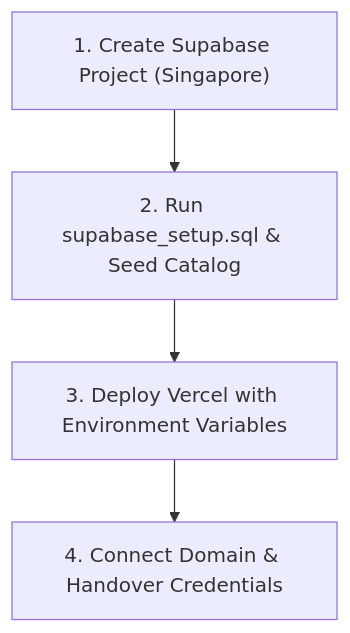
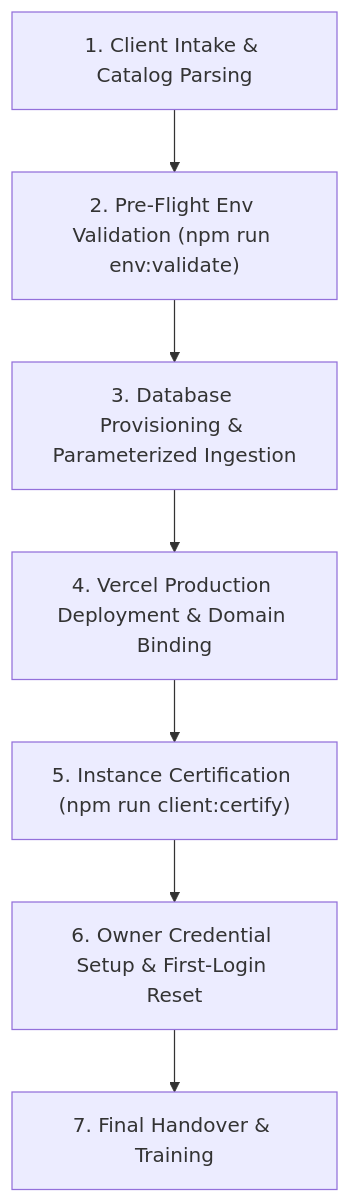
The diagram in docs/CLIENT_ONBOARDING_PLAYBOOK.md (anasbikes1992-ui/grabber-poz-solo), drawn with Mermaid before and after one commit. The commit also changed other lines of this file and 98 other files, not shown here.

````diff
--- a/docs/CLIENT_ONBOARDING_PLAYBOOK.md
+++ b/docs/CLIENT_ONBOARDING_PLAYBOOK.md
@@ -31,6 +20,9 @@
 ```mermaid
 flowchart TD
-    A["1. Create Supabase Project (Singapore)"] --> B["2. Run supabase_setup.sql & Seed Catalog"]
-    B --> C["3. Deploy Vercel with Environment Variables"]
-    C --> D["4. Connect Domain & Handover Credentials"]
+    A["1. Client Intake & Catalog Parsing"] --> B["2. Pre-Flight Env Validation (npm run env:validate)"]
+    B --> C["3. Database Provisioning & Parameterized Ingestion"]
+    C --> D["4. Vercel Production Deployment & Domain Binding"]
+    D --> E["5. Instance Certification (npm run client:certify)"]
+    E --> F["6. Owner Credential Setup & First-Login Reset"]
+    F --> G["7. Final Handover & Training"]
 ```
````
